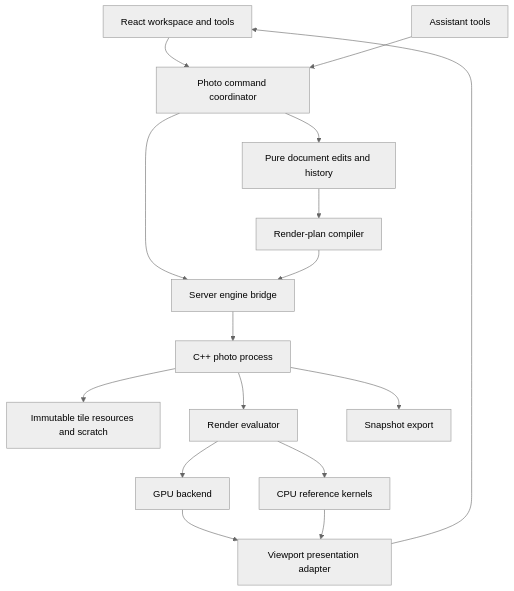
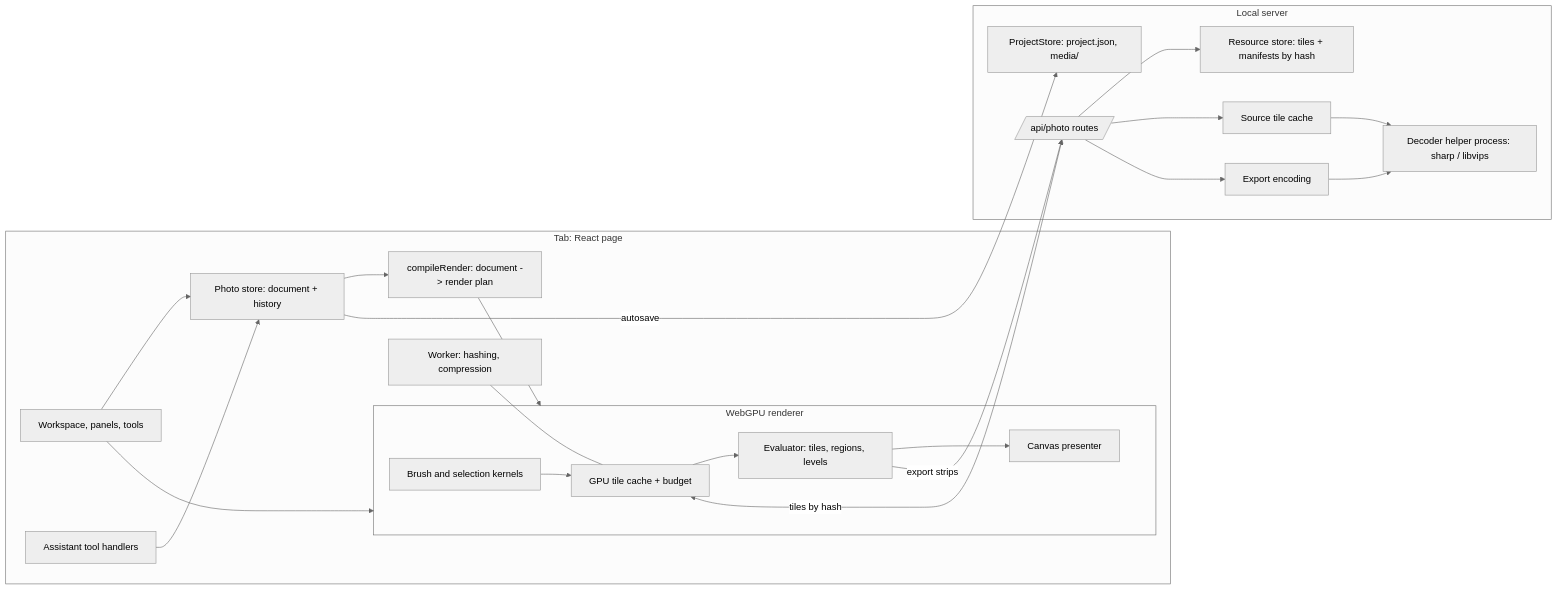
Before and after one commit to theobourgeois/YTStudio: the diagram in docs/photo/architecture.md, drawn with Mermaid (neutral theme). The commit also changed other lines of this file and 10 other files, not shown here.

First line of the commit message:
Harden the photo suite plan: WebGPU in the page, measured

````diff
--- a/docs/photo/architecture.md
+++ b/docs/photo/architecture.md
@@ -20,18 +26,28 @@
 ```mermaid
-flowchart TD
-  UI[React workspace and tools] --> Commands[Photo command coordinator]
-  Assistant[Assistant tools] --> Commands
-  Commands --> Domain[Pure document edits and history]
-  Domain --> Compiler[Render-plan compiler]
-  Commands --> Bridge[Server engine bridge]
-  Compiler --> Bridge
-  Bridge --> Engine[C++ photo process]
-  Engine --> Resources[Immutable tile resources and scratch]
-  Engine --> Evaluator[Render evaluator]
-  Evaluator --> GPU[GPU backend]
-  Evaluator --> CPU[CPU reference kernels]
-  GPU --> Presenter[Viewport presentation adapter]
-  CPU --> Presenter
-  Presenter --> UI
-  Engine --> Export[Snapshot export]
+flowchart LR
+  subgraph Tab [Tab: React page]
+    UI[Workspace, panels, tools] --> Store[Photo store: document + history]
+    Assistant[Assistant tool handlers] --> Store
+    Store --> Compile[compileRender: document -> render plan]
+    Compile --> Renderer
+    UI --> Renderer
+    subgraph Renderer [WebGPU renderer]
+      Cache[GPU tile cache + budget] --> Eval[Evaluator: tiles, regions, levels]
+      Brush[Brush and selection kernels] --> Cache
+      Eval --> View[Canvas presenter]
+    end
+    Worker[Worker: hashing, compression] --- Cache
+  end
+  subgraph Server [Local server]
+    Routes[/api/photo routes/] --> Blobs[Resource store: tiles + manifests by hash]
+    Routes --> Sources[Source tile cache]
+    Routes --> Encode[Export encoding]
+    Sources --> Helper
+    Encode --> Helper
+    Projects[ProjectStore: project.json, media/]
+  end
+  Helper[Decoder helper process: sharp / libvips]
+  Store -- autosave --> Projects
+  Cache <-- tiles by hash --> Routes
+  Eval -- export strips --> Routes
 ```
````
